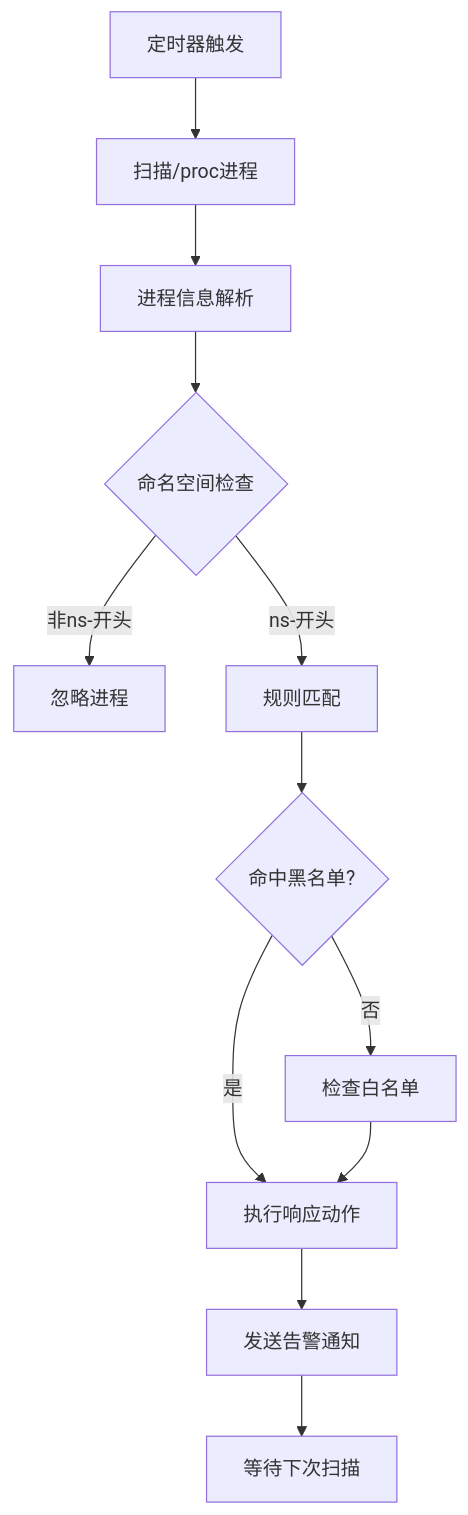
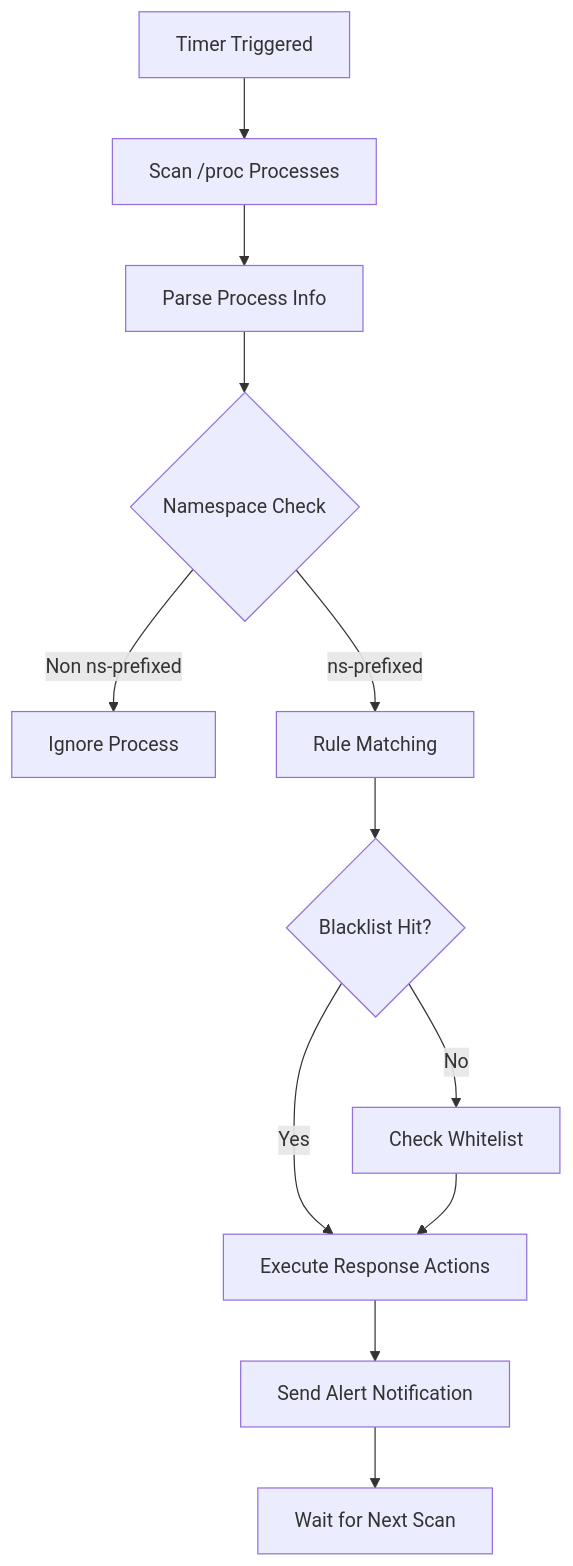
The diagram in procscan/README.md (bearslyricattack/CompliK), drawn with Mermaid before and after one commit. The commit also changed other lines of this file and 55 other files, not shown here.

````diff
--- a/procscan/README.md
+++ b/procscan/README.md
@@ -138,14 +138,14 @@
 ```mermaid
 graph TD
-    A[定时器触发] --> B[扫描/proc进程]
-    B --> C[进程信息解析]
-    C --> D{命名空间检查}
-    D -->|非ns-开头| E[忽略进程]
-    D -->|ns-开头| F[规则匹配]
-    F --> G{命中黑名单?}
-    G -->|否| H[检查白名单]
-    G -->|是| I[执行响应动作]
+    A[Timer Triggered] --> B[Scan /proc Processes]
+    B --> C[Parse Process Info]
+    C --> D{Namespace Check}
+    D -->|Non ns-prefixed| E[Ignore Process]
+    D -->|ns-prefixed| F[Rule Matching]
+    F --> G{Blacklist Hit?}
+    G -->|No| H[Check Whitelist]
+    G -->|Yes| I[Execute Response Actions]
     H --> I
-    I --> J[发送告警通知]
-    J --> K[等待下次扫描]
+    I --> J[Send Alert Notification]
+    J --> K[Wait for Next Scan]
 ```
````
